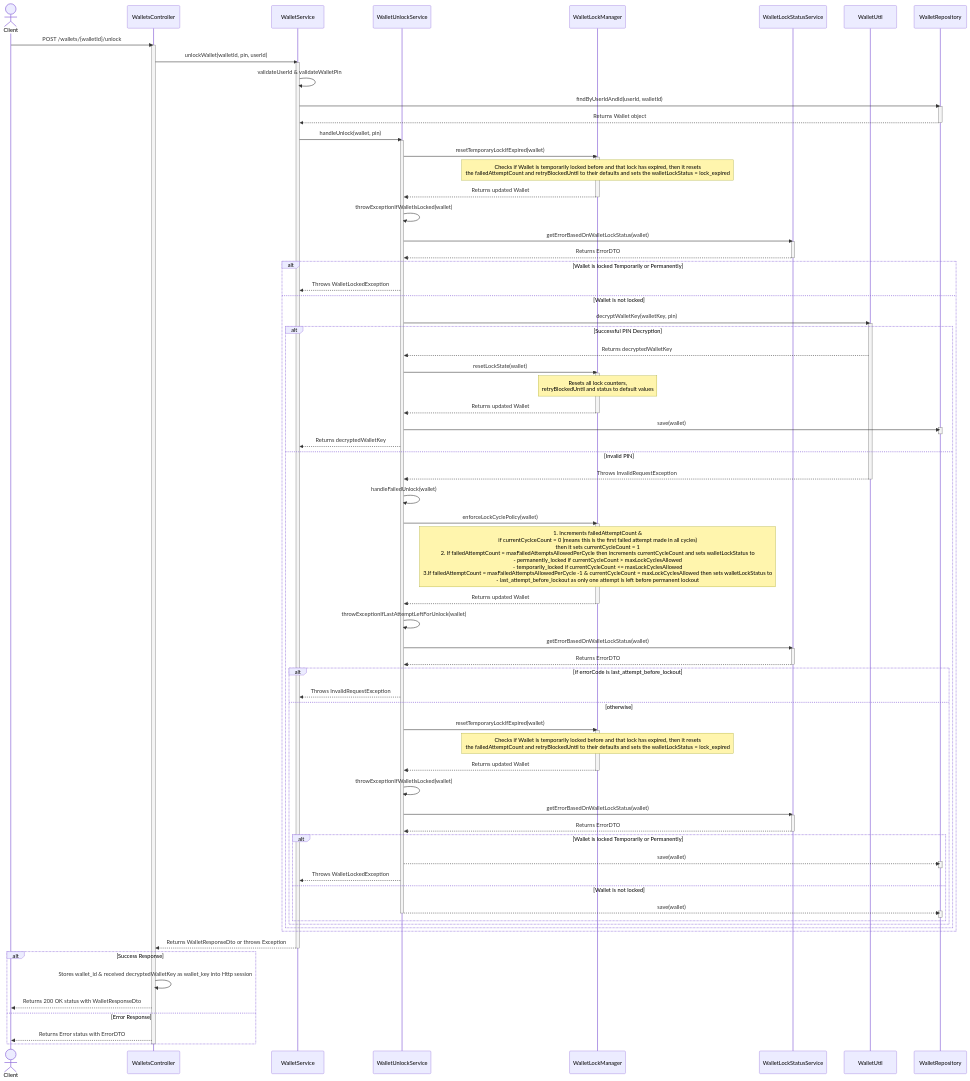
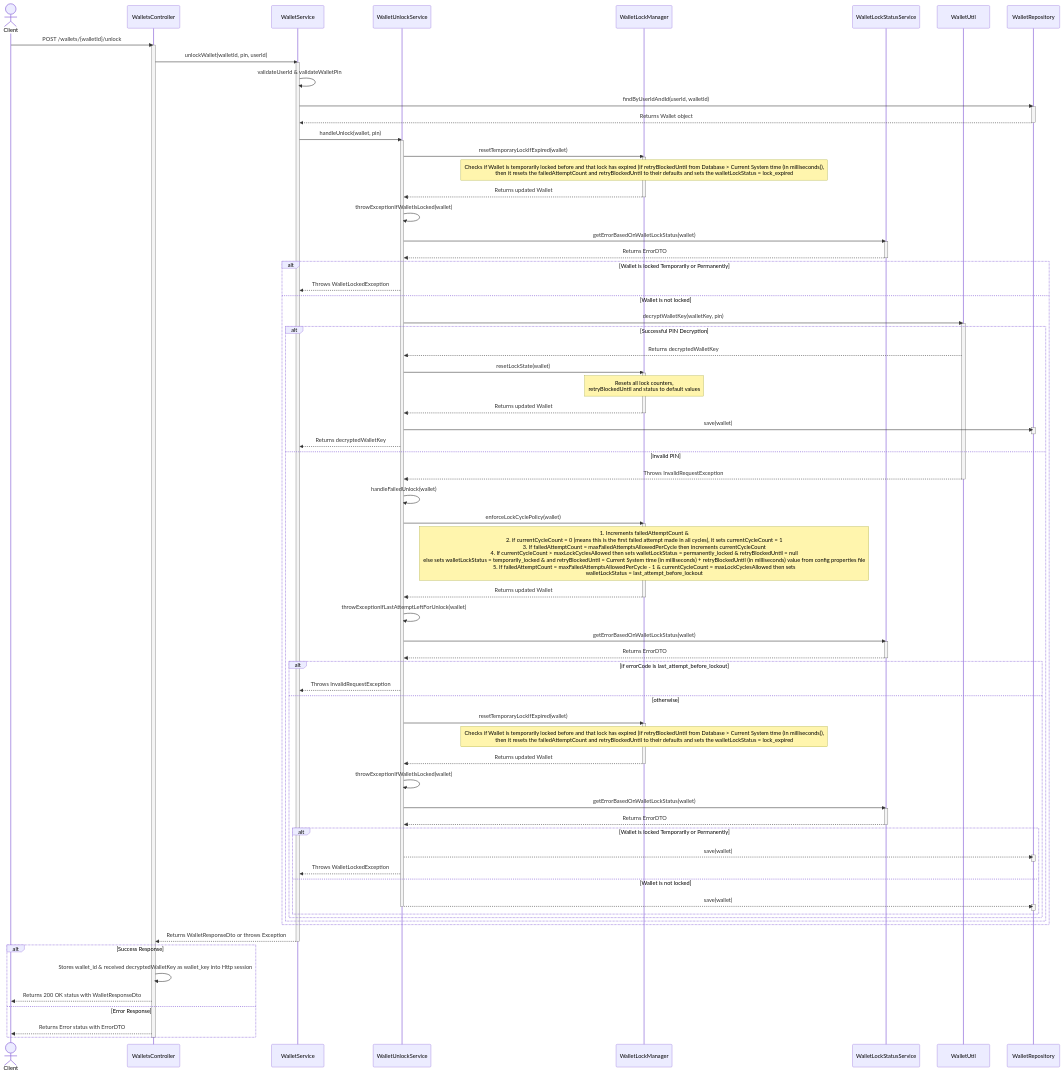
One commit to mosip/mimoto changed the diagram in docs/WalletUnlockProcess.md. Above: the diagram before and after it, drawn with Mermaid. The commit also changed 1 other file, not shown here.

Commit message:
[INJIWEB-1627] update a note message in wallet unlock process sequence diagram

```diff
--- a/docs/WalletUnlockProcess.md
+++ b/docs/WalletUnlockProcess.md
@@ -45,7 +45,7 @@
     
     WalletUnlockService->>WalletLockManager: resetTemporaryLockIfExpired(wallet)
     activate WalletLockManager
-    Note over WalletLockManager: Checks if Wallet is temporarily locked before and that lock has expired, then it resets<br/> the failedAttemptCount and retryBlockedUntil to their defaults and sets the walletLockStatus = lock_expired
+    Note over WalletLockManager: Checks if Wallet is temporarily locked before and that lock has expired (if retryBlockedUntil from Database > Current System time (in milliseconds)),<br/> then it resets the failedAttemptCount and retryBlockedUntil to their defaults and sets the walletLockStatus = lock_expired
     WalletLockManager-->>WalletUnlockService: Returns updated Wallet
     deactivate WalletLockManager
     
@@ -81,7 +81,7 @@
             
             WalletUnlockService->>WalletLockManager: enforceLockCyclePolicy(wallet)
             activate WalletLockManager
-            Note over WalletLockManager:1. Increments failedAttemptCount & <br/>if currentCyclceCount = 0 (means this is the first failed attempt made in all cycles)<br/>then it sets currentCycleCount = 1<br/>2. If failedAttemptCount = maxFailedAttemptsAllowedPerCycle then increments currentCycleCount and sets walletLockStatus to <br/> - permanently_locked if currentCycleCount > maxLockCyclesAllowed<br/> - temporarily_locked if currentCycleCount <= maxLockCyclesAllowed<br/>3.If failedAttemptCount = maxFailedAttemptsAllowedPerCycle -1 & currentCycleCount = maxLockCyclesAllowed then sets walletLockStatus to<br/> - last_attempt_before_lockout as only one attempt is left before permanent lockout
+            Note over WalletLockManager:1. Increments failedAttemptCount & <br/>2. if currentCycleCount = 0 (means this is the first failed attempt made in all cycles), it sets currentCycleCount = 1<br/>3. If failedAttemptCount = maxFailedAttemptsAllowedPerCycle then increments currentCycleCount<br/>4. If currentCycleCount > maxLockCyclesAllowed then sets walletLockStatus = permanently_locked & retryBlockedUntil = null <br/> else sets walletLockStatus = temporarily_locked & and retryBlockedUntil = Current System time (in milliseconds) + retryBlockedUntil (in milliseconds) value from config properties file<br/>5. If failedAttemptCount = maxFailedAttemptsAllowedPerCycle - 1 & currentCycleCount = maxLockCyclesAllowed then sets <br/> walletLockStatus = last_attempt_before_lockout
             WalletLockManager-->>WalletUnlockService: Returns updated Wallet
             deactivate WalletLockManager
             
@@ -97,7 +97,7 @@
             else otherwise
                 WalletUnlockService->>WalletLockManager: resetTemporaryLockIfExpired(wallet)
                 activate WalletLockManager
-                Note over WalletLockManager: Checks if Wallet is temporarily locked before and that lock has expired, then it resets<br/> the failedAttemptCount and retryBlockedUntil to their defaults and sets the walletLockStatus = lock_expired
+                Note over WalletLockManager: Checks if Wallet is temporarily locked before and that lock has expired (if retryBlockedUntil from Database > Current System time (in milliseconds)),<br/> then it resets the failedAttemptCount and retryBlockedUntil to their defaults and sets the walletLockStatus = lock_expired
                 WalletLockManager-->>WalletUnlockService: Returns updated Wallet
                 deactivate WalletLockManager
                 
```
